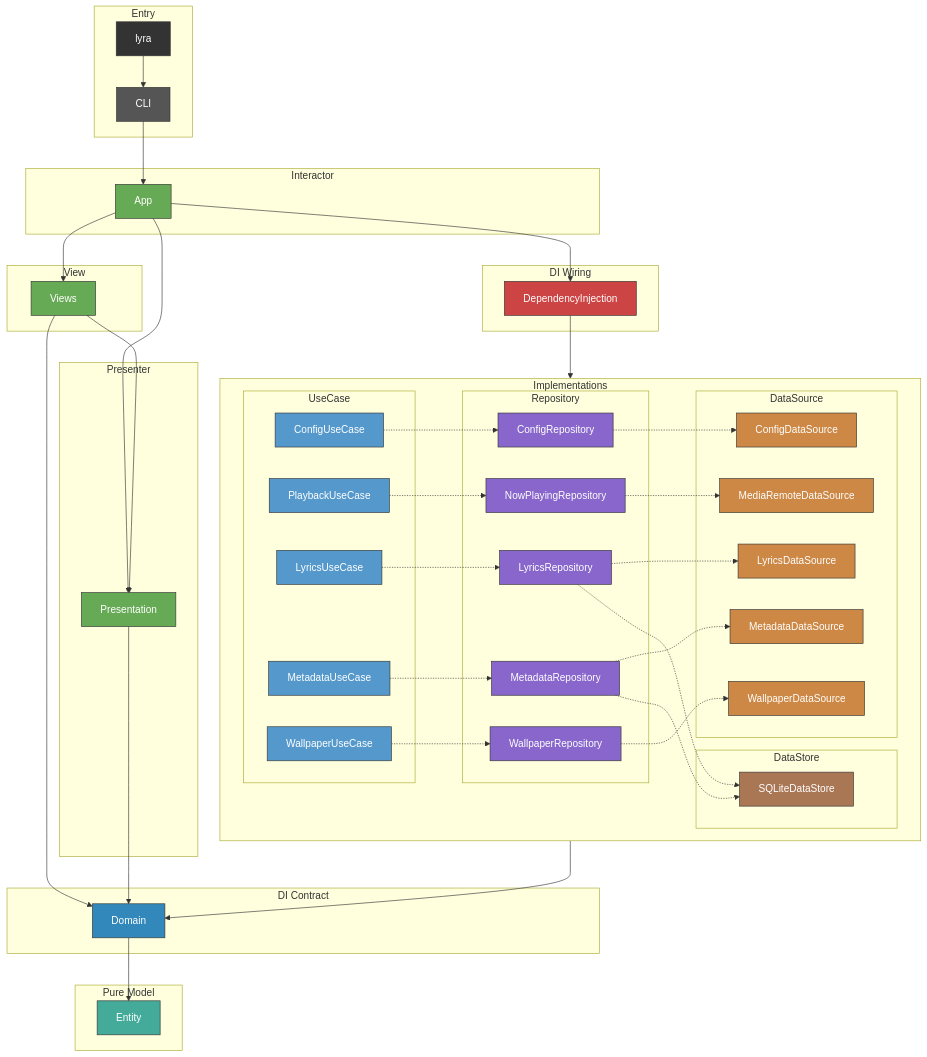
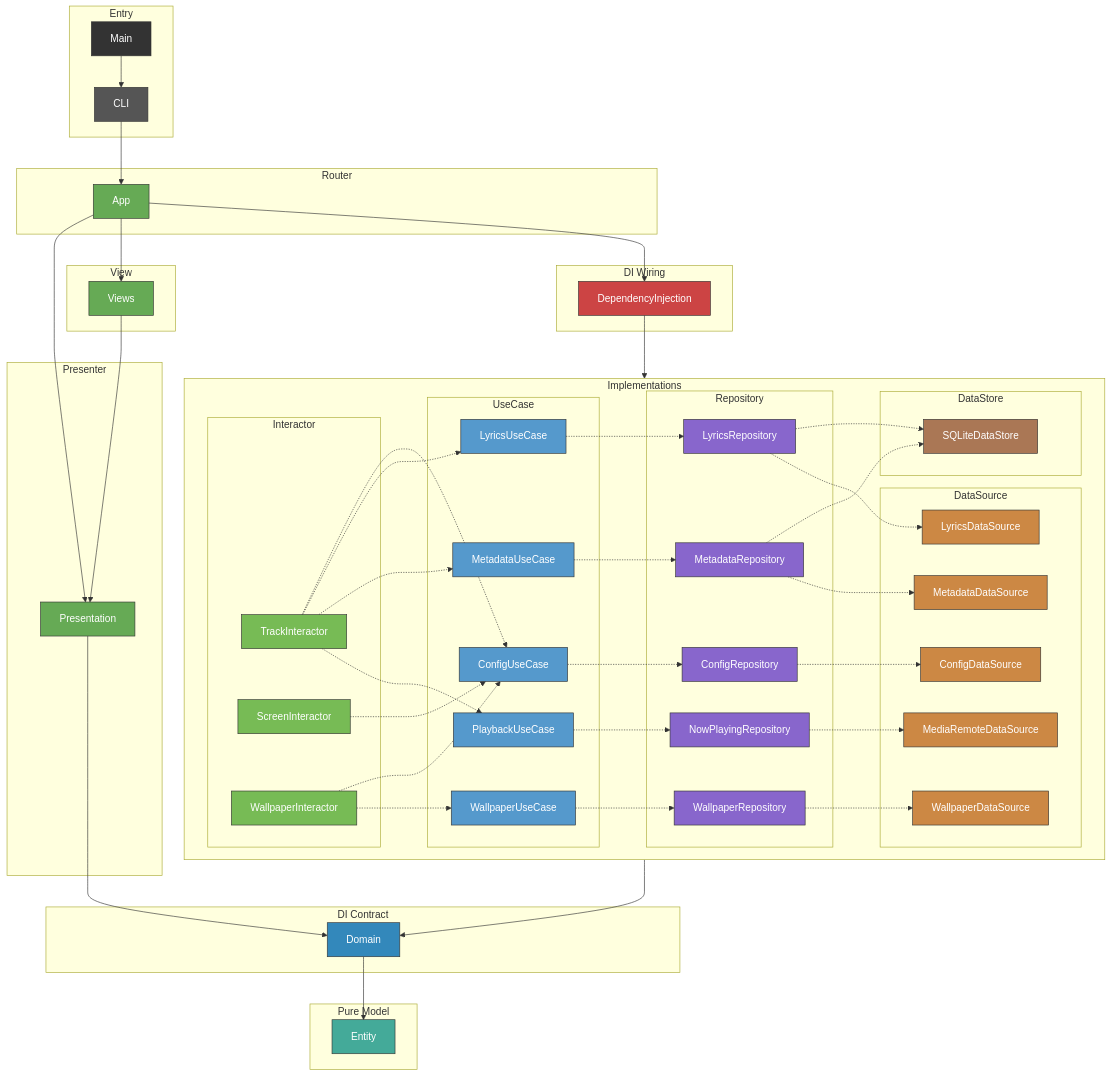
Before and after one commit to GeneralD/backdrop: the diagram in CLAUDE.md, drawn with Mermaid. The commit also changed other lines of this file and 63 other files, not shown here.

First line of the commit message:
refactor: restructure to VIPER architecture (#121)

````diff
--- a/CLAUDE.md
+++ b/CLAUDE.md
@@ -24,24 +24,24 @@
 ```mermaid
 graph TD
     subgraph Entry
-        lyra[lyra]
+        Main[Main]
         CLI[CLI]
+    end
+
+    subgraph Router
+        App[App]
     end
 
     subgraph View
         Views[Views]
     end
 
-    subgraph Interactor
-        App[App]
+    subgraph Presenter
+        Presentation[Presentation]
     end
 
     subgraph DI Wiring
         DependencyInjection[DependencyInjection]
-    end
-
-    subgraph Presenter
-        Presentation[Presentation]
     end
 
     subgraph DI Contract
@@ -53,6 +53,12 @@
     end
 
     subgraph Implementations
+        subgraph Interactor
+            TrackInteractor[TrackInteractor]
+            ScreenInteractor[ScreenInteractor]
+            WallpaperInteractor[WallpaperInteractor]
+        end
+
         subgraph UseCase
             ConfigUseCase[ConfigUseCase]
             PlaybackUseCase[PlaybackUseCase]
@@ -82,14 +88,17 @@
         end
     end
 
-    lyra --> CLI
+    Main --> CLI
     CLI --> App
     App --> Views & Presentation & DependencyInjection
     DependencyInjection --> Implementations
-    Views --> Presentation & Domain
+    Views --> Presentation
     Presentation --> Domain
     Implementations --> Domain
     Domain --> Entity
+    TrackInteractor -.-> PlaybackUseCase & MetadataUseCase & LyricsUseCase & ConfigUseCase
+    ScreenInteractor -.-> ConfigUseCase
+    WallpaperInteractor -.-> WallpaperUseCase & ConfigUseCase
     ConfigUseCase -.-> ConfigRepository
     ConfigRepository -.-> ConfigDataSource
     PlaybackUseCase -.-> NowPlayingRepository
@@ -103,11 +112,14 @@
     WallpaperUseCase -.-> WallpaperRepository
     WallpaperRepository -.-> WallpaperDataSource
 
-    style lyra fill:#333,stroke:#333,color:#fff
+    style Main fill:#333,stroke:#333,color:#fff
     style CLI fill:#555,stroke:#333,color:#fff
     style App fill:#6a5,stroke:#333,color:#fff
     style Views fill:#6a5,stroke:#333,color:#fff
     style Presentation fill:#6a5,stroke:#333,color:#fff
+    style TrackInteractor fill:#7b5,stroke:#333,color:#fff
+    style ScreenInteractor fill:#7b5,stroke:#333,color:#fff
+    style WallpaperInteractor fill:#7b5,stroke:#333,color:#fff
     style DependencyInjection fill:#c44,stroke:#333,color:#fff
     style Entity fill:#4a9,stroke:#333,color:#fff
     style Domain fill:#38b,stroke:#333,color:#fff
````
